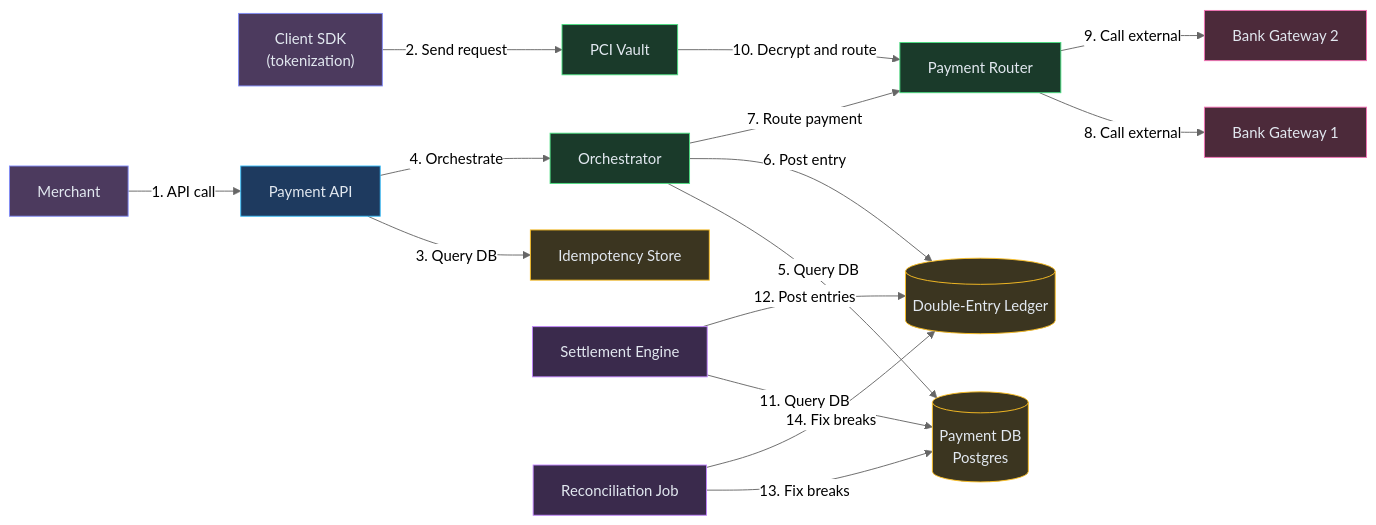
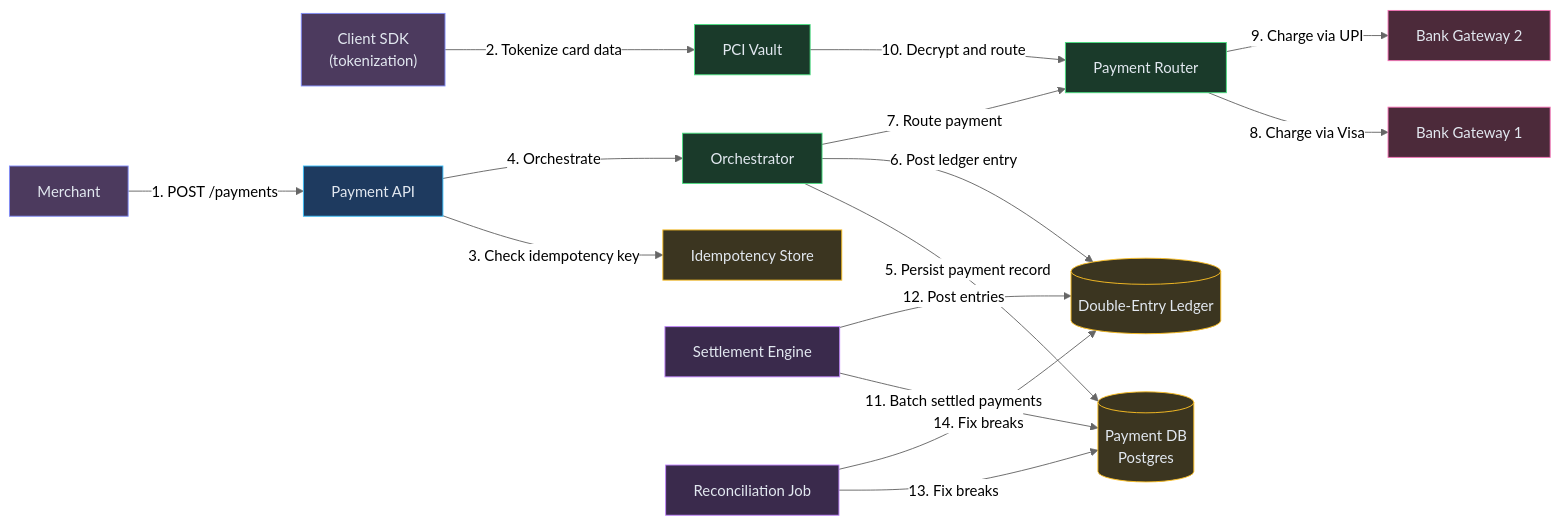
The sixth of 6 diagrams in content/hld/PaymentSystem.md (iluzn/HLD-Designs), drawn with Mermaid (neutral theme) before and after one commit. The commit also changed other lines of this file and 27 other files, not shown here.

````diff
--- a/content/hld/PaymentSystem.md
+++ b/content/hld/PaymentSystem.md
@@ -392,38 +392,38 @@
 ```mermaid
 flowchart LR
     MERCHANT["Merchant"]:::client
     SDK["Client SDK<br/>(tokenization)"]:::client
     API["Payment API"]:::edge
     IDEMP["Idempotency Store"]:::data
     ORCH["Orchestrator"]:::service
     DB[("Payment DB<br/>Postgres")]:::data
     LEDGER[("Double-Entry Ledger")]:::data
     ROUTER["Payment Router"]:::service
     BANK1["Bank Gateway 1"]:::external
     BANK2["Bank Gateway 2"]:::external
     VAULT["PCI Vault"]:::service
     SETTLE["Settlement Engine"]:::async
     RECON["Reconciliation Job"]:::async
 
-    MERCHANT -->|"1. API call"| API
-    SDK -->|"2. Send request"| VAULT
-    API -->|"3. Query DB"| IDEMP
+    MERCHANT -->|"1. POST /payments"| API
+    SDK -->|"2. Tokenize card data"| VAULT
+    API -->|"3. Check idempotency key"| IDEMP
     API -->|"4. Orchestrate"| ORCH
-    ORCH -->|"5. Query DB"| DB
-    ORCH -->|"6. Post entry"| LEDGER
+    ORCH -->|"5. Persist payment record"| DB
+    ORCH -->|"6. Post ledger entry"| LEDGER
     ORCH -->|"7. Route payment"| ROUTER
-    ROUTER -->|"8. Call external"| BANK1
-    ROUTER -->|"9. Call external"| BANK2
+    ROUTER -->|"8. Charge via Visa"| BANK1
+    ROUTER -->|"9. Charge via UPI"| BANK2
     VAULT -->|"10. Decrypt and route"| ROUTER
-    SETTLE -->|"11. Query DB"| DB
+    SETTLE -->|"11. Batch settled payments"| DB
     SETTLE -->|"12. Post entries"| LEDGER
     RECON -->|"13. Fix breaks"| DB
     RECON -->|"14. Fix breaks"| LEDGER
 
     classDef client fill:#4c3a5e,stroke:#818cf8,color:#e2e8f0
     classDef edge fill:#1e3a5f,stroke:#38bdf8,color:#e2e8f0
     classDef service fill:#1a3a2a,stroke:#4ade80,color:#e2e8f0
     classDef data fill:#3b3520,stroke:#fbbf24,color:#e2e8f0
     classDef async fill:#3a2a4c,stroke:#c084fc,color:#e2e8f0
     classDef external fill:#4c2a3a,stroke:#f472b6,color:#e2e8f0
 ```
````
